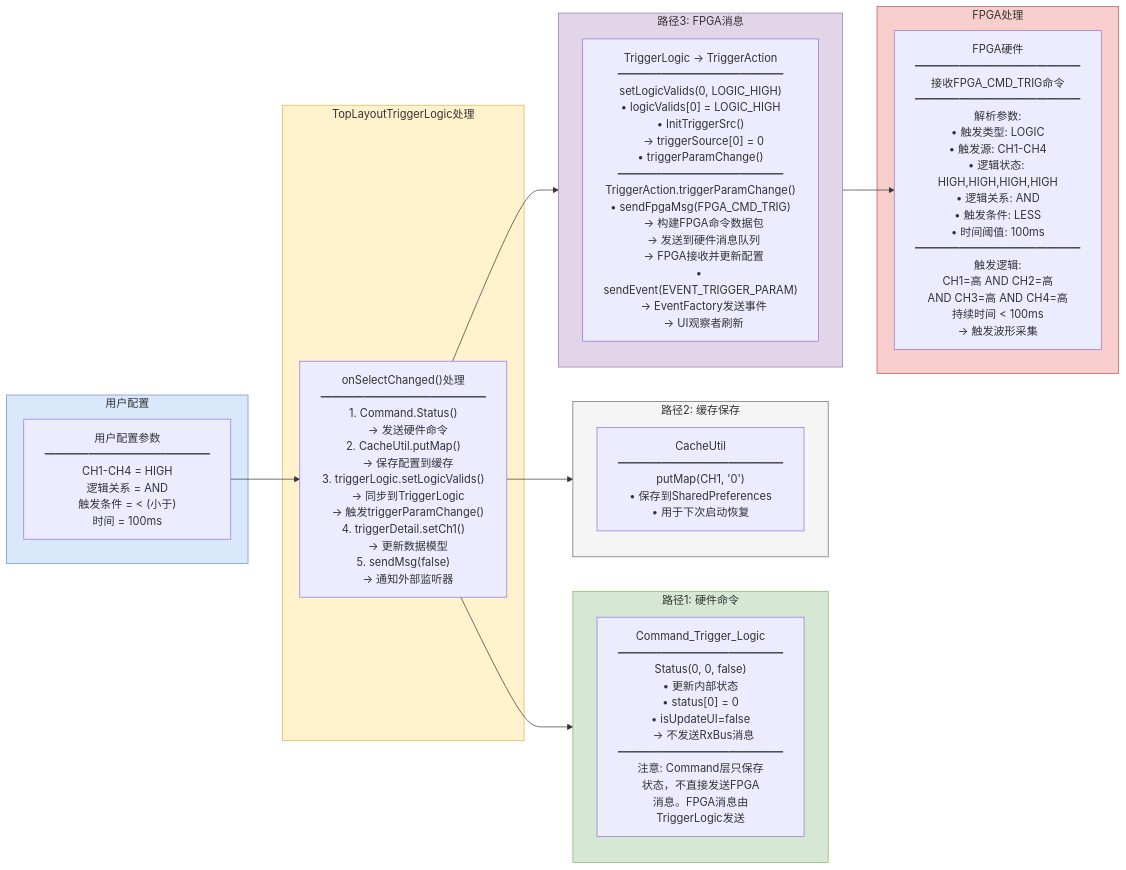
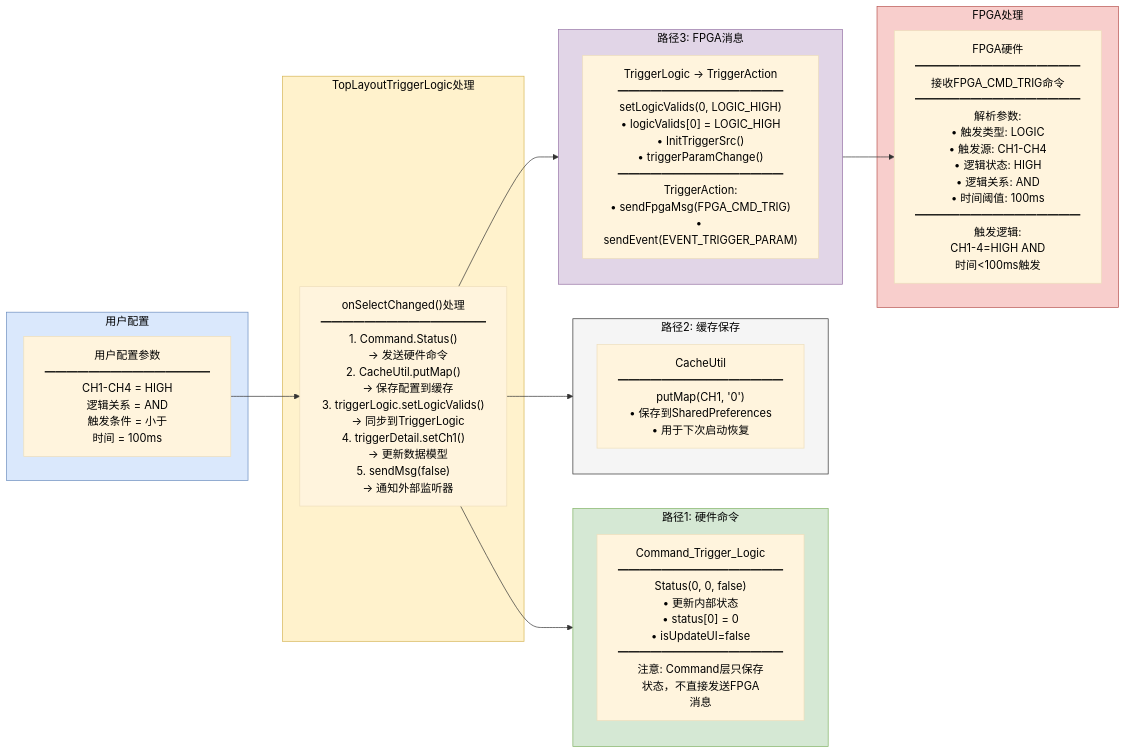
One commit to beginbeyond2/mic changed the sixth of 8 diagrams in 逻辑触发器数据流程.md. Above: the diagram before and after it, drawn with Mermaid. The commit also changed other lines of this file and 39 other files, not shown here.

````diff
--- a/逻辑触发器数据流程.md
+++ b/逻辑触发器数据流程.md
@@ -332,39 +344,40 @@
 ```mermaid
+%%{init: {'theme': 'base', 'themeVariables': { 'primaryTextColor': '#000', 'secondaryTextColor': '#000', 'tertiaryTextColor': '#000', 'lineColor': '#333', 'textColor': '#000'}}}%%
 flowchart LR
     subgraph Input["用户配置"]
-        Config["用户配置参数<br/>━━━━━━━━━━━━━━━<br/>CH1-CH4 = HIGH<br/>逻辑关系 = AND<br/>触发条件 = < (小于)<br/>时间 = 100ms"]
+        Config["用户配置参数<br/>━━━━━━━━━━━━━━━<br/>CH1-CH4 = HIGH<br/>逻辑关系 = AND<br/>触发条件 = 小于<br/>时间 = 100ms"]
     end
 
     subgraph Process["TopLayoutTriggerLogic处理"]
-        Proc["onSelectChanged()处理<br/>━━━━━━━━━━━━━━━<br/>1. Command.Status()<br/>   → 发送硬件命令<br/>2. CacheUtil.putMap()<br/>   → 保存配置到缓存<br/>3. triggerLogic.setLogicValids()<br/>   → 同步到TriggerLogic<br/>   → 触发triggerParamChange()<br/>4. triggerDetail.setCh1()<br/>   → 更新数据模型<br/>5. sendMsg(false)<br/>   → 通知外部监听器"]
+        Proc["onSelectChanged()处理<br/>━━━━━━━━━━━━━━━<br/>1. Command.Status()<br/>   → 发送硬件命令<br/>2. CacheUtil.putMap()<br/>   → 保存配置到缓存<br/>3. triggerLogic.setLogicValids()<br/>   → 同步到TriggerLogic<br/>4. triggerDetail.setCh1()<br/>   → 更新数据模型<br/>5. sendMsg(false)<br/>   → 通知外部监听器"]
     end
 
     subgraph Path1["路径1: 硬件命令"]
-        P1["Command_Trigger_Logic<br/>━━━━━━━━━━━━━━━<br/>Status(0, 0, false)<br/>• 更新内部状态<br/>• status[0] = 0<br/>• isUpdateUI=false<br/>  → 不发送RxBus消息<br/>━━━━━━━━━━━━━━━<br/>注意: Command层只保存<br/>状态，不直接发送FPGA<br/>消息。FPGA消息由<br/>TriggerLogic发送"]
+        P1["Command_Trigger_Logic<br/>━━━━━━━━━━━━━━━<br/>Status(0, 0, false)<br/>• 更新内部状态<br/>• status[0] = 0<br/>• isUpdateUI=false<br/>━━━━━━━━━━━━━━━<br/>注意: Command层只保存<br/>状态，不直接发送FPGA<br/>消息"]
     end
 
     subgraph Path2["路径2: 缓存保存"]
         P2["CacheUtil<br/>━━━━━━━━━━━━━━━<br/>putMap(CH1, '0')<br/>• 保存到SharedPreferences<br/>• 用于下次启动恢复"]
     end
 
     subgraph Path3["路径3: FPGA消息"]
-        P3["TriggerLogic → TriggerAction<br/>━━━━━━━━━━━━━━━<br/>setLogicValids(0, LOGIC_HIGH)<br/>• logicValids[0] = LOGIC_HIGH<br/>• InitTriggerSrc()<br/>  → triggerSource[0] = 0<br/>• triggerParamChange()<br/>━━━━━━━━━━━━━━━<br/>TriggerAction.triggerParamChange()<br/>• sendFpgaMsg(FPGA_CMD_TRIG)<br/>  → 构建FPGA命令数据包<br/>  → 发送到硬件消息队列<br/>  → FPGA接收并更新配置<br/>• sendEvent(EVENT_TRIGGER_PARAM)<br/>  → EventFactory发送事件<br/>  → UI观察者刷新"]
+        P3["TriggerLogic → TriggerAction<br/>━━━━━━━━━━━━━━━<br/>setLogicValids(0, LOGIC_HIGH)<br/>• logicValids[0] = LOGIC_HIGH<br/>• InitTriggerSrc()<br/>• triggerParamChange()<br/>━━━━━━━━━━━━━━━<br/>TriggerAction:<br/>• sendFpgaMsg(FPGA_CMD_TRIG)<br/>• sendEvent(EVENT_TRIGGER_PARAM)"]
     end
 
     subgraph Output["FPGA处理"]
-        FPGA["FPGA硬件<br/>━━━━━━━━━━━━━━━<br/>接收FPGA_CMD_TRIG命令<br/>━━━━━━━━━━━━━━━<br/>解析参数:<br/>• 触发类型: LOGIC<br/>• 触发源: CH1-CH4<br/>• 逻辑状态: HIGH,HIGH,HIGH,HIGH<br/>• 逻辑关系: AND<br/>• 触发条件: LESS<br/>• 时间阈值: 100ms<br/>━━━━━━━━━━━━━━━<br/>触发逻辑:<br/>CH1=高 AND CH2=高<br/>AND CH3=高 AND CH4=高<br/>持续时间 < 100ms<br/>→ 触发波形采集"]
+        FPGA["FPGA硬件<br/>━━━━━━━━━━━━━━━<br/>接收FPGA_CMD_TRIG命令<br/>━━━━━━━━━━━━━━━<br/>解析参数:<br/>• 触发类型: LOGIC<br/>• 触发源: CH1-CH4<br/>• 逻辑状态: HIGH<br/>• 逻辑关系: AND<br/>• 时间阈值: 100ms<br/>━━━━━━━━━━━━━━━<br/>触发逻辑:<br/>CH1-4=HIGH AND<br/>时间<100ms触发"]
     end
 
     Config --> Proc
     Proc --> Path1
     Proc --> Path2
     Proc --> Path3
     Path3 --> FPGA
 
-    style Input fill:#dae8fc,stroke:#6c8ebf
-    style Process fill:#fff2cc,stroke:#d6b656
-    style Path1 fill:#d5e8d4,stroke:#82b366
-    style Path2 fill:#f5f5f5,stroke:#666666
-    style Path3 fill:#e1d5e7,stroke:#9673a6
-    style Output fill:#f8cecc,stroke:#b85450
+    style Input fill:#dae8fc,stroke:#6c8ebf,color:#000
+    style Process fill:#fff2cc,stroke:#d6b656,color:#000
+    style Path1 fill:#d5e8d4,stroke:#82b366,color:#000
+    style Path2 fill:#f5f5f5,stroke:#333,color:#000
+    style Path3 fill:#e1d5e7,stroke:#9673a6,color:#000
+    style Output fill:#f8cecc,stroke:#b85450,color:#000
 ```
````
